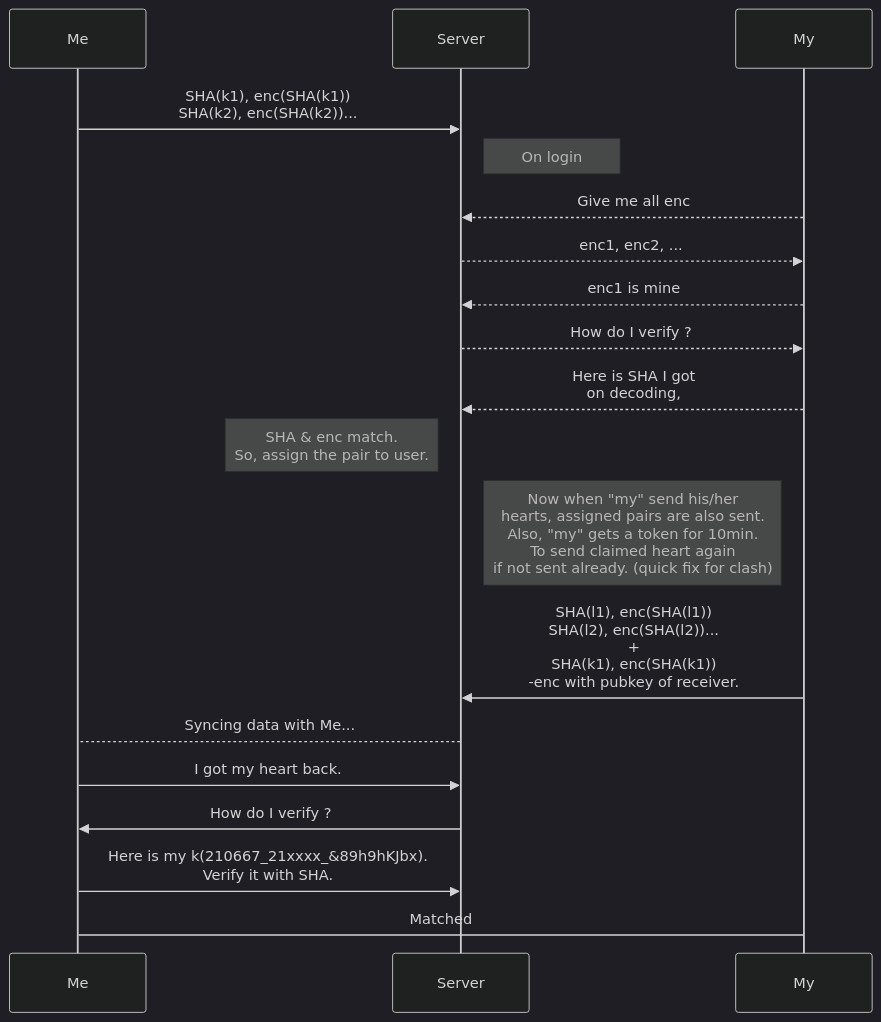
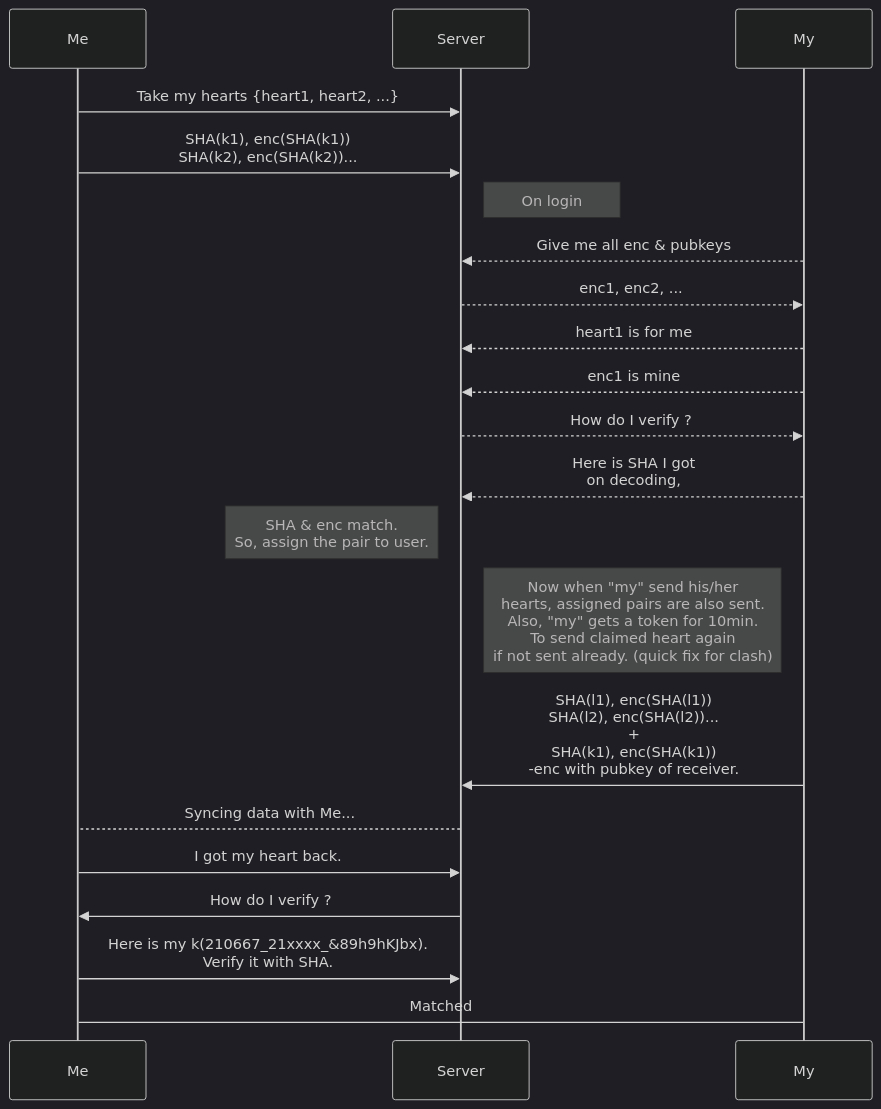
Before and after one commit to Akhilstaar/me-my_encryption: the diagram in README.md, drawn with Mermaid (dark theme). The commit also changed other lines of this file, not shown here.

````diff
--- a/README.md
+++ b/README.md
@@ -38,18 +7,20 @@
 ```mermaid
 sequenceDiagram
+Me ->> Server: Take my hearts {heart1, heart2, ...}
 Me ->> Server: SHA(k1), enc(SHA(k1))<br/> SHA(k2), enc(SHA(k2))...
 Note right of Server: On login
-My-->>Server: Give me all enc 
+My-->>Server: Give me all enc & pubkeys
 Server-->>My: enc1, enc2, ...
+My-->>Server: heart1 is for me
 My-->>Server: enc1 is mine
 Server-->>My: How do I verify ?
 My-->>Server: Here is SHA I got<br/> on decoding,
 Note left of Server: SHA & enc match.<br/> So, assign the pair to user.
 Note left of My: Now when "my" send his/her<br/>hearts, assigned pairs are also sent.<br/> Also, "my" gets a token for 10min.<br/>To send claimed heart again <br/>if not sent already. (quick fix for clash)
 My->>Server: SHA(l1), enc(SHA(l1))<br/> SHA(l2), enc(SHA(l2))...<br/> + <br/> SHA(k1), enc(SHA(k1)) <br/>-enc with pubkey of receiver.
 Server-->Me: Syncing data with Me...
 Me->>Server: I got my heart back.
 Server->>Me: How do I verify ?
 Me->>Server: Here is my k(210667_21xxxx_&89h9hKJbx).<br/>Verify it with SHA.
 Me->My: Matched
  ```
````
